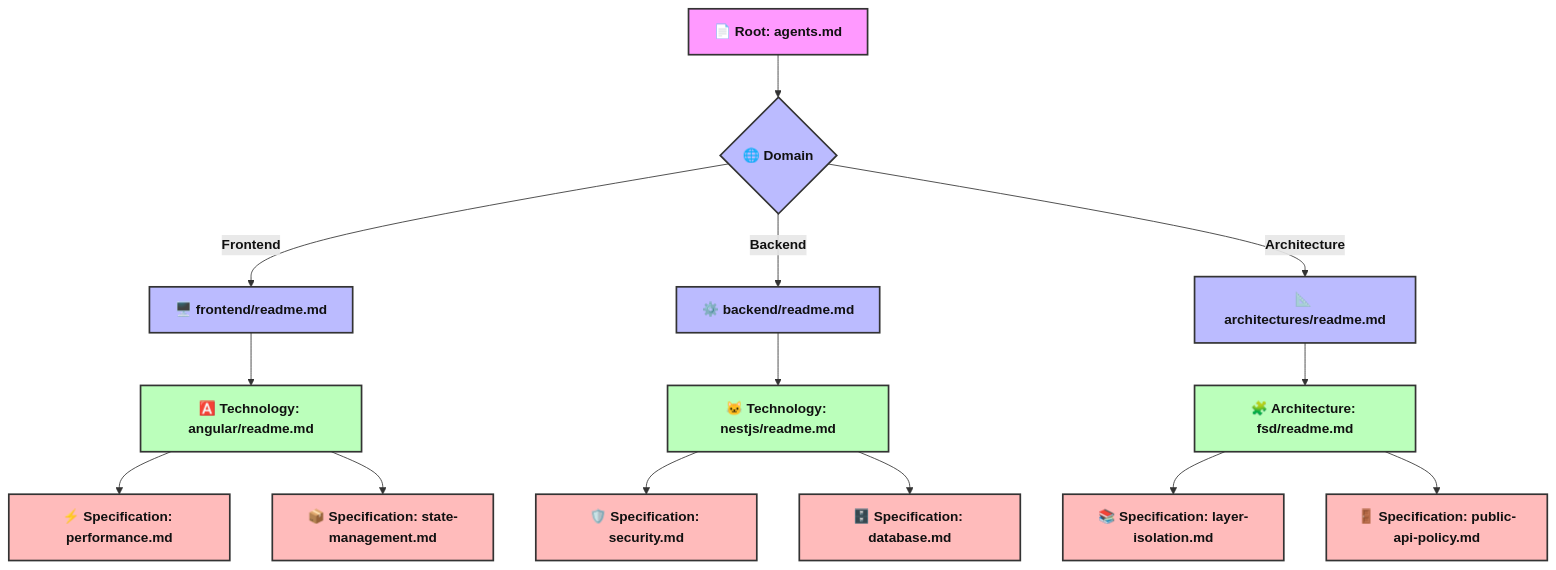
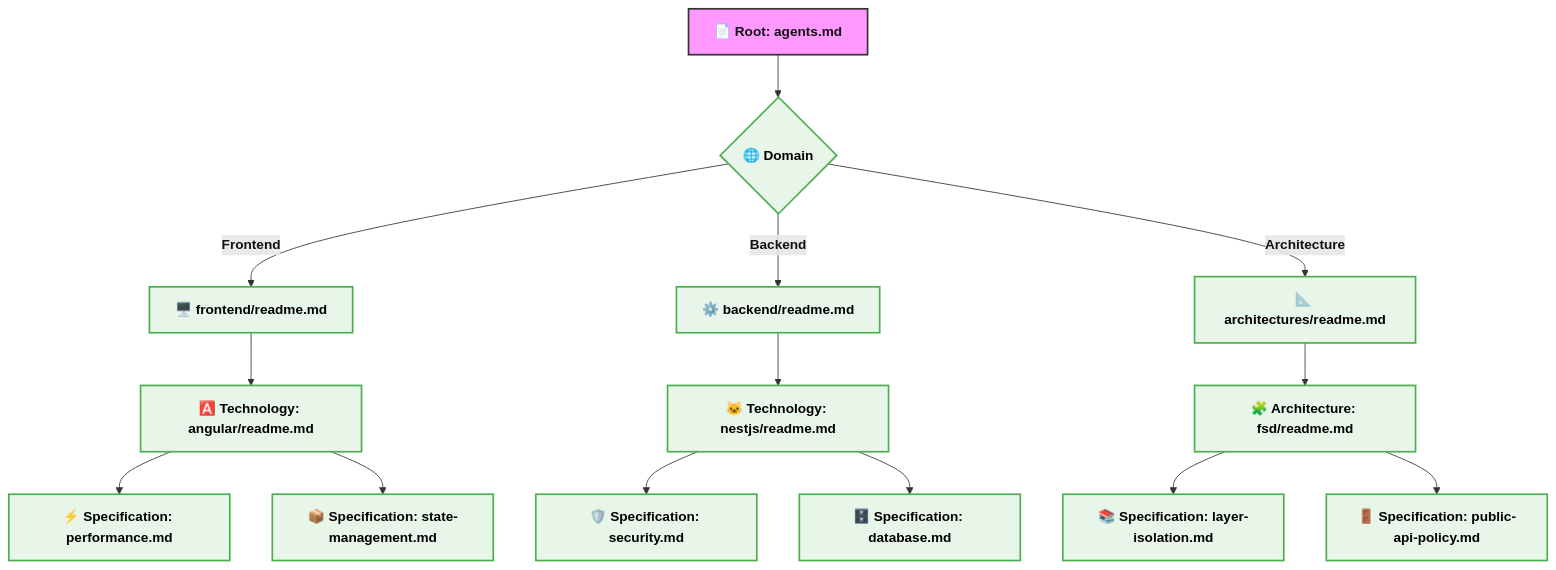
The fourth of 4 diagrams in README.md (beginwebdev2002/best-practise), drawn with Mermaid before and after one commit. The commit also changed other lines of this file and 20 other files, not shown here.

First line of the commit message:
docs: update mermaid diagrams with UI/UX design tokens styling

````diff
--- a/README.md
+++ b/README.md
@@ -284,46 +323,65 @@
 ```mermaid
 graph TD
     A["📄 Root: agents.md"] --> B{"🌐 Domain"}
     B -->|Frontend| C1["🖥️ frontend/readme.md"]
     B -->|Backend| C2["⚙️ backend/readme.md"]
     B -->|Architecture|C3["📐 architectures/readme.md"]
     
     C1 --> D1["🅰️ Technology: angular/readme.md"]
     C2 --> D2["🐱 Technology: nestjs/readme.md"]
     C3 --> D3["🧩 Architecture: fsd/readme.md"]
     
     D1 --> E1["⚡ Specification: performance.md"]
     D1 --> E2["📦 Specification: state-management.md"]
     
     D2 --> E3["🛡️ Specification: security.md"]
     D2 --> E4["🗄️ Specification: database.md"]
 
     D3 --> E5["📚 Specification: layer-isolation.md"]
     D3 --> E6["🚪 Specification: public-api-policy.md"]
     
     %% Clickable Links
     click A "agents.md"
     click C1 "frontend/readme.md"
     click C2 "backend/readme.md"
     click C3 "architectures/readme.md"
     click D1 "frontend/angular/readme.md"
     click D2 "backend/nestjs/readme.md"
     click D3 "architectures/fsd/readme.md"
     click E1 "frontend/angular/performance.md"
     click E2 "frontend/angular/state-management.md"
     click E3 "backend/nestjs/security.md"
     click E4 "backend/nestjs/database.md"
     click E5 "architectures/fsd/layer-isolation.md"
     click E6 "architectures/fsd/public-api-policy.md"
     
     %% Styling
     classDef root fill:#f9f,font-weight:bold,stroke:#333,stroke-width:2px,color:#111;
     classDef domain fill:#bbf,font-weight:bold,stroke:#333,stroke-width:2px,color:#111;
     classDef tech fill:#bfb,font-weight:bold,stroke:#333,stroke-width:2px,color:#111;
     classDef spec fill:#fbb,font-weight:bold,stroke:#333,stroke-width:2px,color:#111;
     
     class A root;
     class B,C1,C2,C3 domain;
     class D1,D2,D3 tech;
     class E1,E2,E3,E4,E5,E6 spec;
+    %% Added Design Token Styles for Mermaid Diagrams
+    classDef default fill:#e1f5fe,stroke:#03a9f4,stroke-width:2px,color:#000;
+    classDef component fill:#e8f5e9,stroke:#4caf50,stroke-width:2px,color:#000;
+    classDef layout fill:#f3e5f5,stroke:#9c27b0,stroke-width:2px,color:#000;
+
+    class E1 component;
+    class E5 component;
+    class E3 component;
+    class E6 component;
+    class D3 component;
+    class C1 component;
+    class E2 component;
+    class D1 component;
+    class D2 component;
+    class E4 component;
+    class C2 component;
+    class C3 component;
+    class B component;
+
 ```
````
